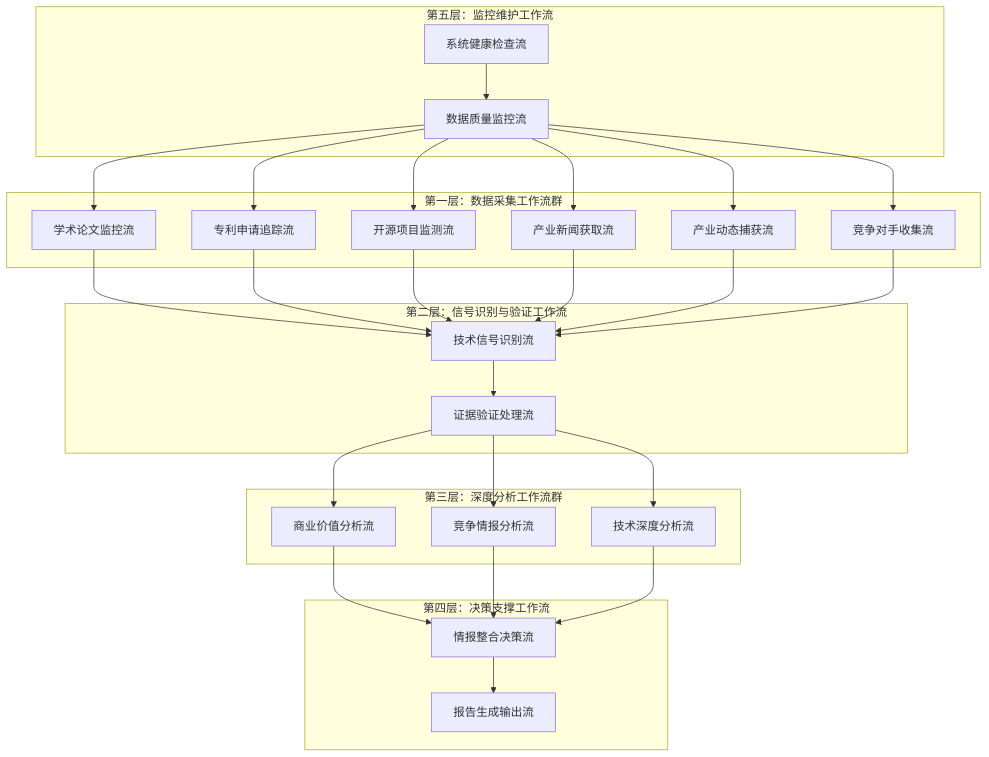
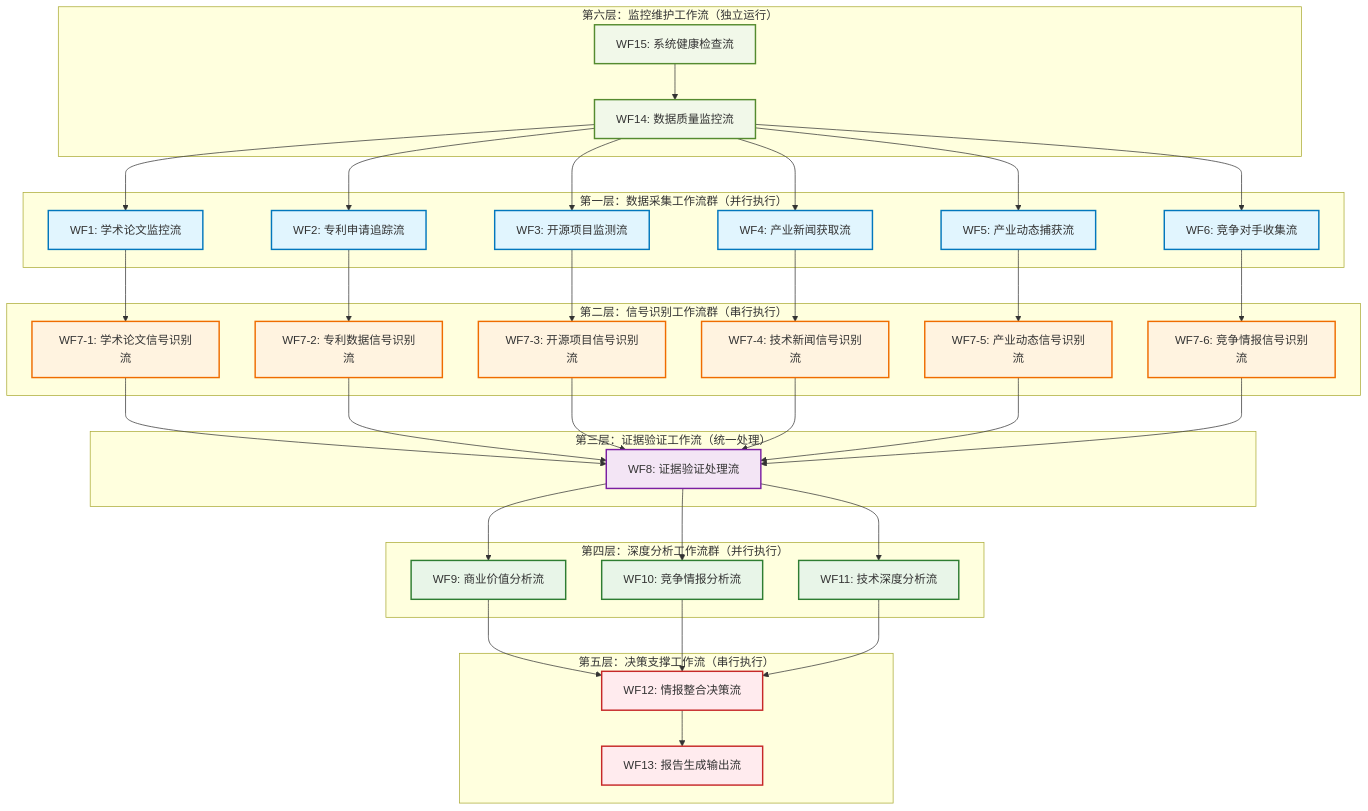
Before and after one commit to wisdom-future/ict-tech-insight: the first of 2 diagrams in docs/02 技术情报决策引擎-Make工作流节点设计.md, drawn with Mermaid. The commit also changed other lines of this file, not shown here.

````diff
--- a/docs/02 技术情报决策引擎-Make工作流节点设计.md
+++ b/docs/02 技术情报决策引擎-Make工作流节点设计.md
@@ -7,59 +7,89 @@
 ```mermaid
 graph TB
-    subgraph "第一层：数据采集工作流群"
-        WF1[学术论文监控流]
-        WF2[专利申请追踪流]
-        WF3[开源项目监测流]
-        WF4[产业新闻获取流]
-        WF5[产业动态捕获流]
-        WF6[竞争对手收集流]
-    end
-    
-    subgraph "第二层：信号识别与验证工作流"
-        WF7[技术信号识别流]
-        WF8[证据验证处理流]
-    end
-    
-    subgraph "第三层：深度分析工作流群"
-        WF9[商业价值分析流]
-        WF10[竞争情报分析流]
-        WF11[技术深度分析流]
-    end
-    
-    subgraph "第四层：决策支撑工作流"
-        WF12[情报整合决策流]
-        WF13[报告生成输出流]
-    end
-    
-    subgraph "第五层：监控维护工作流"
-        WF14[数据质量监控流]
-        WF15[系统健康检查流]
-    end
+subgraph "第一层：数据采集工作流群（并行执行）"
+    WF1[WF1: 学术论文监控流]
+    WF2[WF2: 专利申请追踪流]
+    WF3[WF3: 开源项目监测流]
+    WF4[WF4: 产业新闻获取流]
+    WF5[WF5: 产业动态捕获流]
+    WF6[WF6: 竞争对手收集流]
+end
 
-    WF1 --> WF7
-    WF2 --> WF7
-    WF3 --> WF7
-    WF4 --> WF7
-    WF5 --> WF7
-    WF6 --> WF7
-    
-    WF7 --> WF8
-    WF8 --> WF9
-    WF8 --> WF10
-    WF8 --> WF11
-    
-    WF9 --> WF12
-    WF10 --> WF12
-    WF11 --> WF12
-    
-    WF12 --> WF13
-    
-    WF14 --> WF1
-    WF14 --> WF2
-    WF14 --> WF3
-    WF14 --> WF4
-    WF14 --> WF5
-    WF14 --> WF6
-    
-    WF15 --> WF14
+subgraph "第二层：信号识别工作流群（串行执行）"
+    WF7-1[WF7-1: 学术论文信号识别流]
+    WF7-2[WF7-2: 专利数据信号识别流]
+    WF7-3[WF7-3: 开源项目信号识别流]
+    WF7-4[WF7-4: 技术新闻信号识别流]
+    WF7-5[WF7-5: 产业动态信号识别流]
+    WF7-6[WF7-6: 竞争情报信号识别流]
+end
+
+subgraph "第三层：证据验证工作流（统一处理）"
+    WF8[WF8: 证据验证处理流]
+end
+
+subgraph "第四层：深度分析工作流群（并行执行）"
+    WF9[WF9: 商业价值分析流]
+    WF10[WF10: 竞争情报分析流]
+    WF11[WF11: 技术深度分析流]
+end
+
+subgraph "第五层：决策支撑工作流（串行执行）"
+    WF12[WF12: 情报整合决策流]
+    WF13[WF13: 报告生成输出流]
+end
+
+subgraph "第六层：监控维护工作流（独立运行）"
+    WF14[WF14: 数据质量监控流]
+    WF15[WF15: 系统健康检查流]
+end
+
+%% 数据流关系
+WF1 --> WF7-1
+WF2 --> WF7-2
+WF3 --> WF7-3
+WF4 --> WF7-4
+WF5 --> WF7-5
+WF6 --> WF7-6
+
+WF7-1 --> WF8
+WF7-2 --> WF8
+WF7-3 --> WF8
+WF7-4 --> WF8
+WF7-5 --> WF8
+WF7-6 --> WF8
+
+WF8 --> WF9
+WF8 --> WF10
+WF8 --> WF11
+
+WF9 --> WF12
+WF10 --> WF12
+WF11 --> WF12
+
+WF12 --> WF13
+
+%% 监控关系
+WF14 --> WF1
+WF14 --> WF2
+WF14 --> WF3
+WF14 --> WF4
+WF14 --> WF5
+WF14 --> WF6
+
+WF15 --> WF14
+
+classDef collect fill:#e1f5fe,stroke:#0277bd,stroke-width:2px
+classDef signal fill:#fff3e0,stroke:#ef6c00,stroke-width:2px
+classDef verify fill:#f3e5f5,stroke:#7b1fa2,stroke-width:2px
+classDef analyze fill:#e8f5e8,stroke:#2e7d32,stroke-width:2px
+classDef decision fill:#ffebee,stroke:#c62828,stroke-width:2px
+classDef monitor fill:#f1f8e9,stroke:#558b2f,stroke-width:2px
+
+class WF1,WF2,WF3,WF4,WF5,WF6 collect
+class WF7-1,WF7-2,WF7-3,WF7-4,WF7-5,WF7-6 signal
+class WF8 verify
+class WF9,WF10,WF11 analyze
+class WF12,WF13 decision
+class WF14,WF15 monitor
 ```
````
